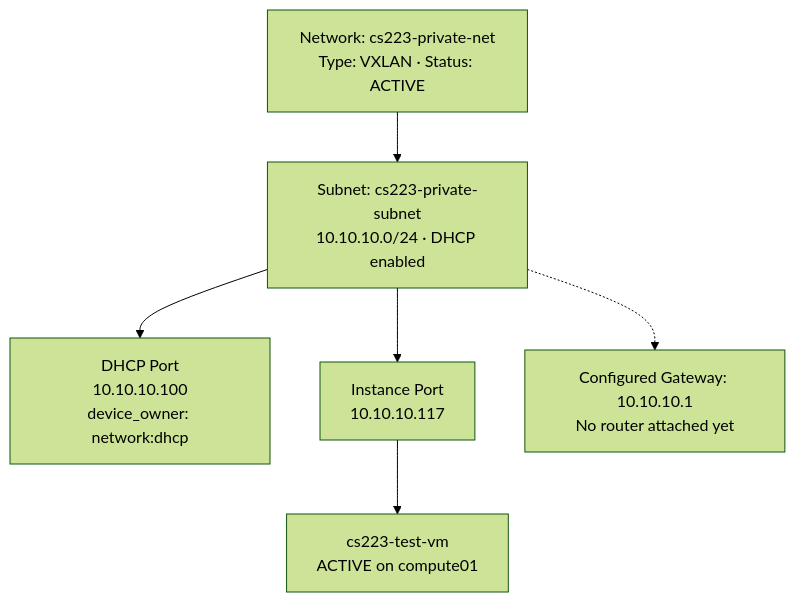
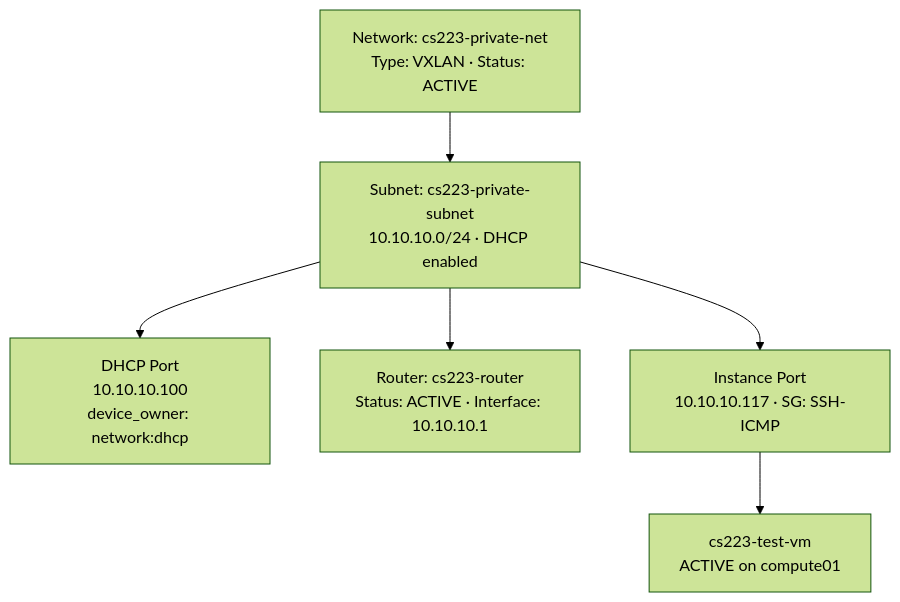
The fourth of 9 diagrams in docs/02-architecture.md (ronnakrit303/CS223-TermProject), drawn with Mermaid (forest theme) before and after one commit. The commit also changed other lines of this file and 7 other files, not shown here.

Commit message:
docs & evidence: complete 14/14 QA tests and sync architecture diagrams

````diff
--- a/docs/02-architecture.md
+++ b/docs/02-architecture.md
@@ -292,14 +295,14 @@
 ```mermaid
 flowchart TB
     NW["Network: cs223-private-net<br/>Type: VXLAN · Status: ACTIVE"]
     SUB["Subnet: cs223-private-subnet<br/>10.10.10.0/24 · DHCP enabled"]
     DPORT["DHCP Port<br/>10.10.10.100<br/>device_owner: network:dhcp"]
-    VPORT["Instance Port<br/>10.10.10.117"]
+    RTR["Router: cs223-router<br/>Status: ACTIVE · Interface: 10.10.10.1"]
+    VPORT["Instance Port<br/>10.10.10.117 · SG: SSH-ICMP"]
     VM["cs223-test-vm<br/>ACTIVE on compute01"]
-    GATE["Configured Gateway: 10.10.10.1<br/>No router attached yet"]
 
     NW --> SUB
     SUB --> DPORT
+    SUB --> RTR
     SUB --> VPORT --> VM
-    SUB -.-> GATE
 ```
````
